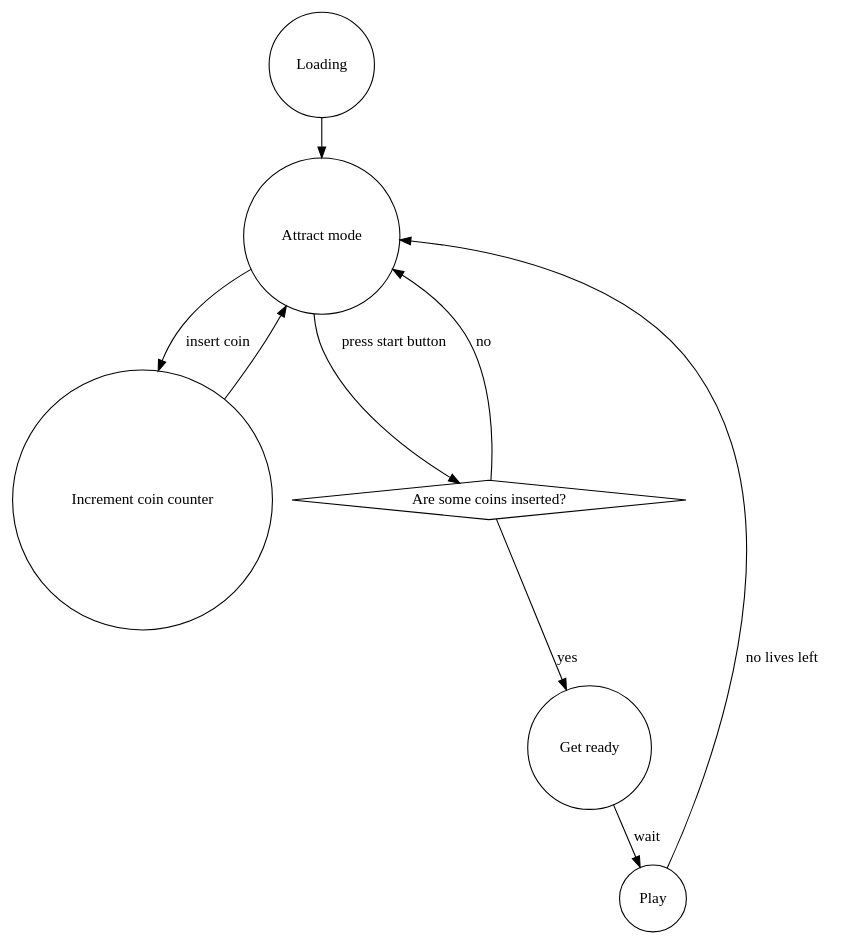
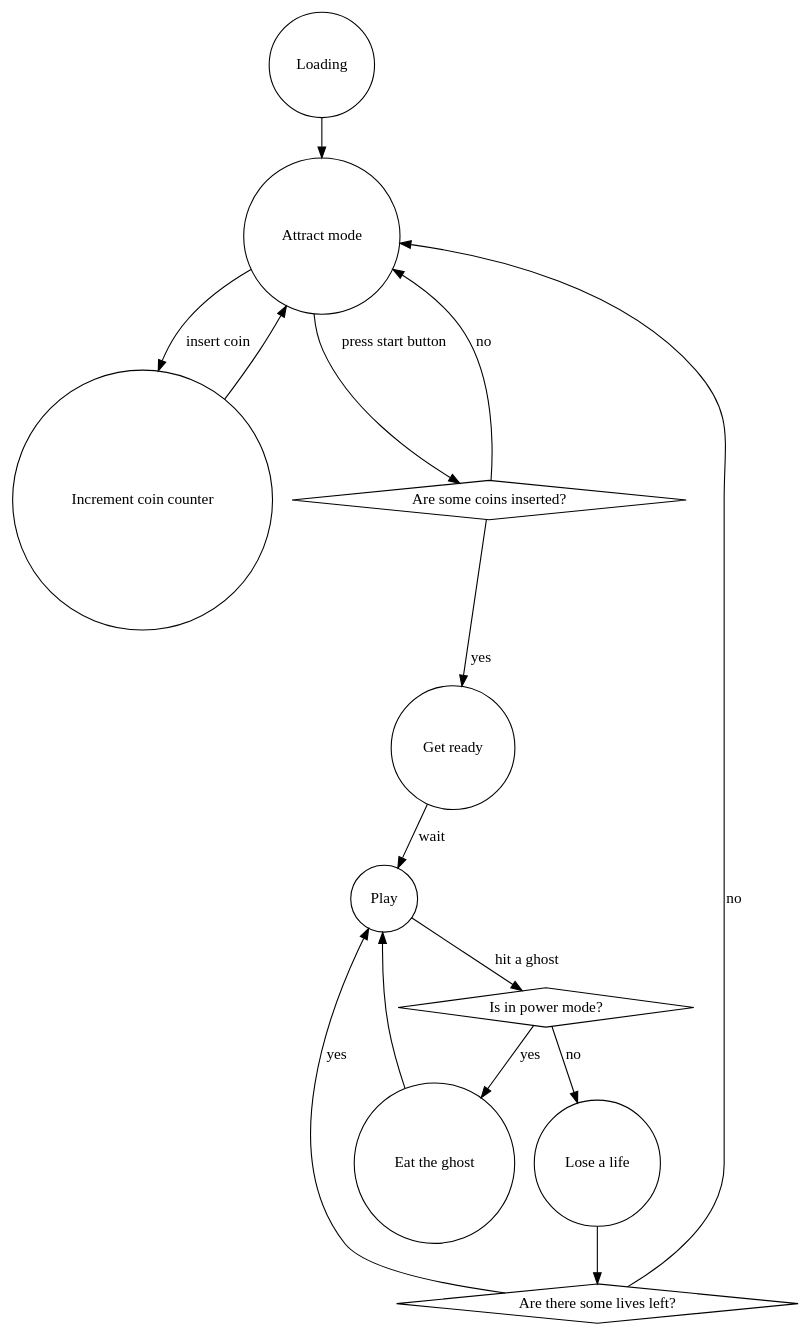
Before and after one commit to filipbartek/pacman-dfsm: the diagram in graph.gv, drawn with Graphviz.

Commit message:
Lower abstraction

```diff
--- a/graph.gv
+++ b/graph.gv
@@ -1,24 +1,34 @@
 # Source:
 # http://www.graphviz.org/content/fsm
 # http://www.graphviz.org/Gallery/directed/fsm.gv.txt
 
 digraph pacman_dfsm {
 
 node [ shape = circle ];
 loading [ label = "Loading" ];
 idle [ label = "Attract mode" ];
 increasecoins [ label = "Increment coin counter" ];
 aretherecoins [ label = "Are some coins inserted?", shape = diamond ];
 ready [ label = "Get ready" ];
 play [ label = "Play" ];
+ispowermode [ label = "Is in power mode?", shape = diamond ];
+arelivesleft [ label = "Are there some lives left?", shape = diamond ];
+eatghost [ label = "Eat the ghost" ];
+loselife [ label = "Lose a life" ];
 
 loading -> idle;
 idle -> increasecoins [ label = "insert coin" ];
 increasecoins -> idle;
 idle -> aretherecoins [ label = "press start button" ];
 aretherecoins -> ready [ label = "yes" ];
 aretherecoins -> idle [ label = "no" ];
 ready -> play [ label = "wait" ];
-play -> idle [ label = "no lives left" ];
+play -> ispowermode [ label = "hit a ghost" ];
+ispowermode -> eatghost [ label = "yes" ];
+eatghost -> play;
+ispowermode -> loselife [ label = "no" ];
+loselife -> arelivesleft;
+arelivesleft -> play [ label = "yes" ];
+arelivesleft -> idle [ label = "no" ];
 
 }
```
